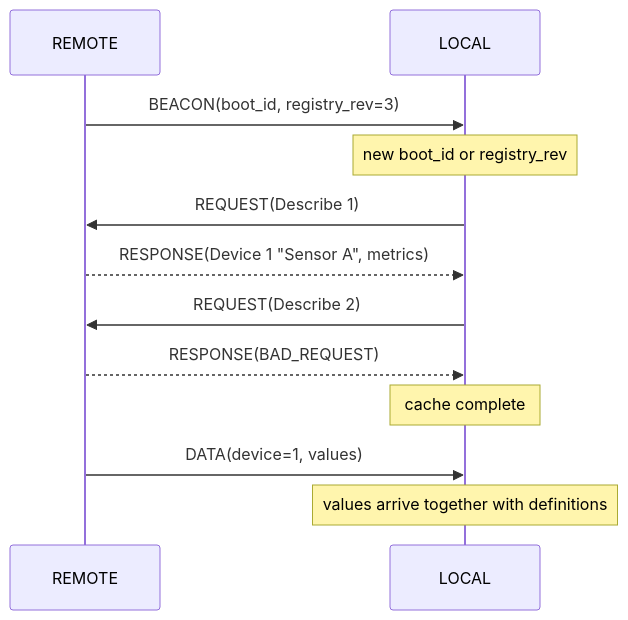
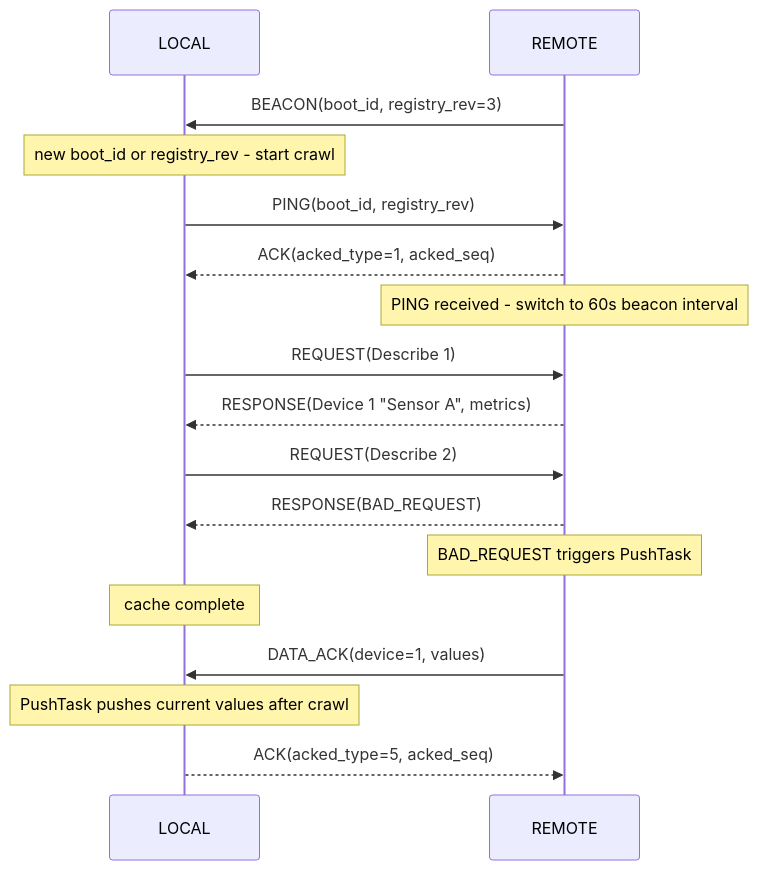
The third of 9 diagrams in doc/LoRaProtocol.md (Warpguru/LoRaIoT), drawn with Mermaid before and after one commit. The commit also changed other lines of this file and 36 other files, not shown here.

````diff
--- a/doc/LoRaProtocol.md
+++ b/doc/LoRaProtocol.md
@@ -527,14 +523,19 @@
 ```mermaid
 sequenceDiagram
+    participant L as LOCAL
     participant R as REMOTE
-    participant L as LOCAL
     R->>L: BEACON(boot_id, registry_rev=3)
-    Note over L: new boot_id or registry_rev
+    Note over L: new boot_id or registry_rev - start crawl
+    L->>R: PING(boot_id, registry_rev)
+    R-->>L: ACK(acked_type=1, acked_seq)
+    Note over R: PING received - switch to 60s beacon interval
     L->>R: REQUEST(Describe 1)
     R-->>L: RESPONSE(Device 1 "Sensor A", metrics)
     L->>R: REQUEST(Describe 2)
     R-->>L: RESPONSE(BAD_REQUEST)
+    Note over R: BAD_REQUEST triggers PushTask
     Note over L: cache complete
-    R->>L: DATA(device=1, values)
-    Note over L: values arrive together with definitions
+    R->>L: DATA_ACK(device=1, values)
+    Note over L: PushTask pushes current values after crawl
+    L-->>R: ACK(acked_type=5, acked_seq)
 ```
````
